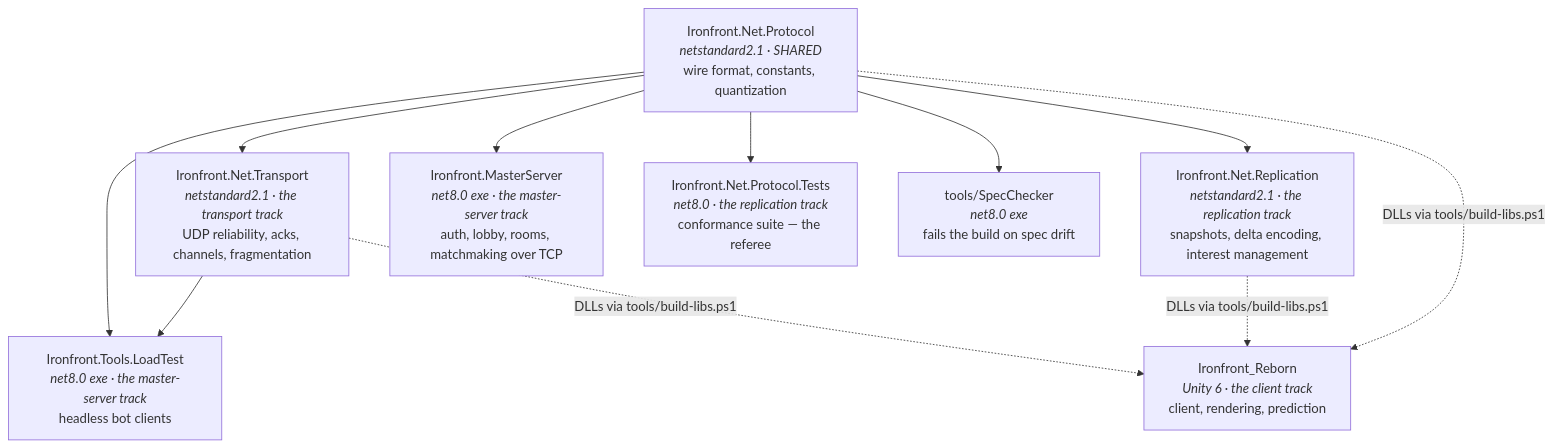
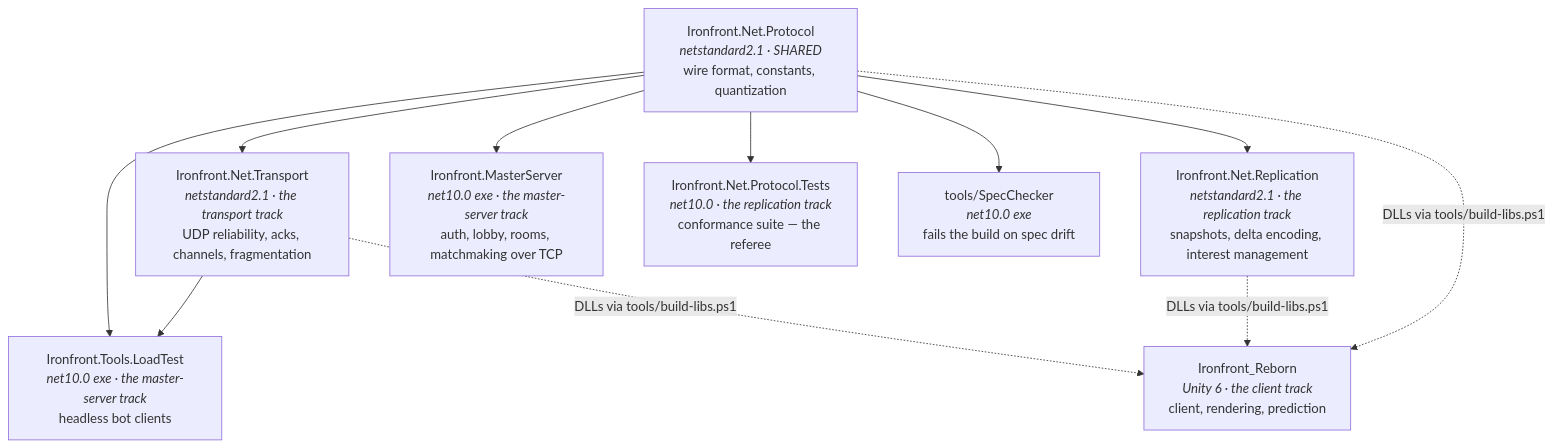
One commit to Nghaiz/LTM changed the diagram in README.md. Above: the diagram before and after it, drawn with Mermaid. The commit also changed other lines of this file and 2 other files, not shown here.

First line of the commit message:
docs(readme): the EC2 master, .NET 10 and all three player zips (#673)

````diff
--- a/README.md
+++ b/README.md
@@ -54,23 +63,23 @@
 ```mermaid
 flowchart TD
     P["Ironfront.Net.Protocol<br/><i>netstandard2.1 · SHARED</i><br/>wire format, constants, quantization"]
 
     T["Ironfront.Net.Transport<br/><i>netstandard2.1 · the transport track</i><br/>UDP reliability, acks, channels, fragmentation"]
     R["Ironfront.Net.Replication<br/><i>netstandard2.1 · the replication track</i><br/>snapshots, delta encoding, interest management"]
-    M["Ironfront.MasterServer<br/><i>net8.0 exe · the master-server track</i><br/>auth, lobby, rooms, matchmaking over TCP"]
-    L["Ironfront.Tools.LoadTest<br/><i>net8.0 exe · the master-server track</i><br/>headless bot clients"]
+    M["Ironfront.MasterServer<br/><i>net10.0 exe · the master-server track</i><br/>auth, lobby, rooms, matchmaking over TCP"]
+    L["Ironfront.Tools.LoadTest<br/><i>net10.0 exe · the master-server track</i><br/>headless bot clients"]
     U["Ironfront_Reborn<br/><i>Unity 6 · the client track</i><br/>client, rendering, prediction"]
-    C["Ironfront.Net.Protocol.Tests<br/><i>net8.0 · the replication track</i><br/>conformance suite — the referee"]
-    S["tools/SpecChecker<br/><i>net8.0 exe</i><br/>fails the build on spec drift"]
+    C["Ironfront.Net.Protocol.Tests<br/><i>net10.0 · the replication track</i><br/>conformance suite — the referee"]
+    S["tools/SpecChecker<br/><i>net10.0 exe</i><br/>fails the build on spec drift"]
 
     P --> T
     P --> R
     P --> M
     P --> L
     P --> C
     P --> S
     T --> L
     T -.->|DLLs via tools/build-libs.ps1| U
     R -.->|DLLs via tools/build-libs.ps1| U
     P -.->|DLLs via tools/build-libs.ps1| U
 ```
````
